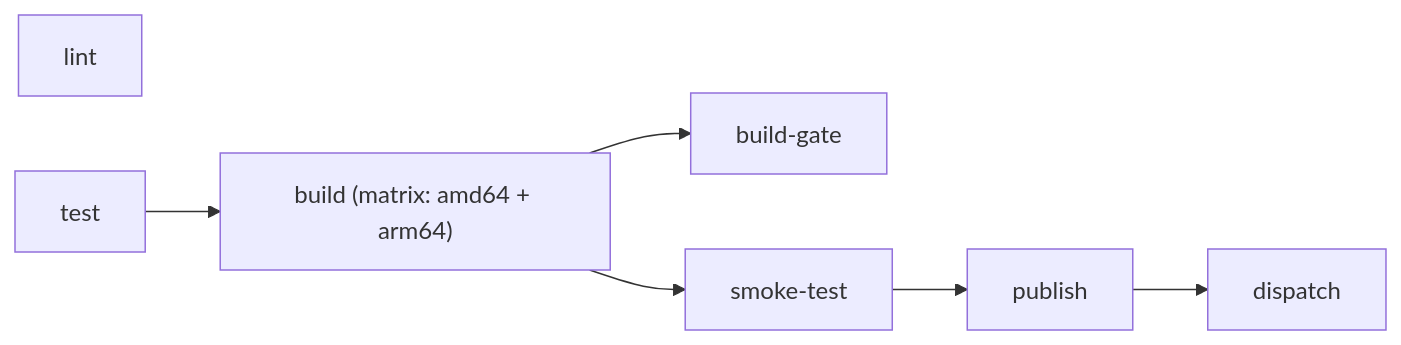
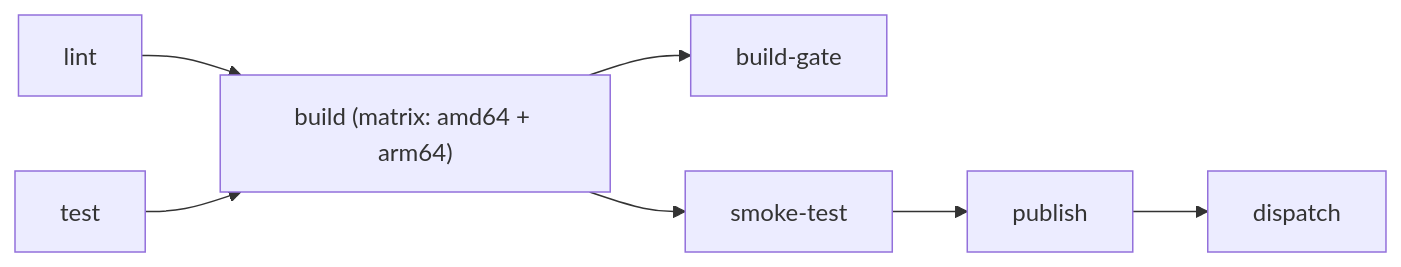
One commit to gbrlmzl/sistema-controle-despesas-api changed the fourth of 5 diagrams in README.md. Above: the diagram before and after it, drawn with Mermaid. The commit also changed other lines of this file, not shown here.

````diff
--- a/README.md
+++ b/README.md
@@ -622,7 +622,7 @@
 ```mermaid
 flowchart LR
-    L[lint]
-    T[test] --> B["build (matrix: amd64 + arm64)"]
+    L[lint] --> B["build (matrix: amd64 + arm64)"]
+    T[test] --> B
     B --> G[build-gate]
     B --> S[smoke-test] --> P[publish] --> D[dispatch]
 ```
````
